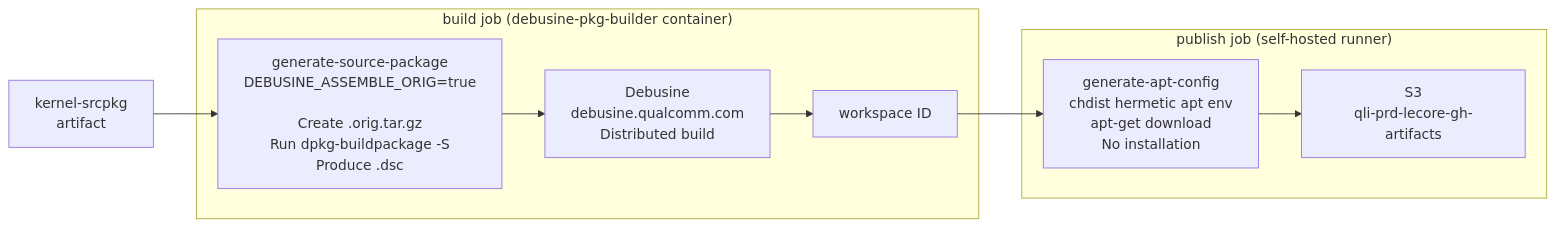
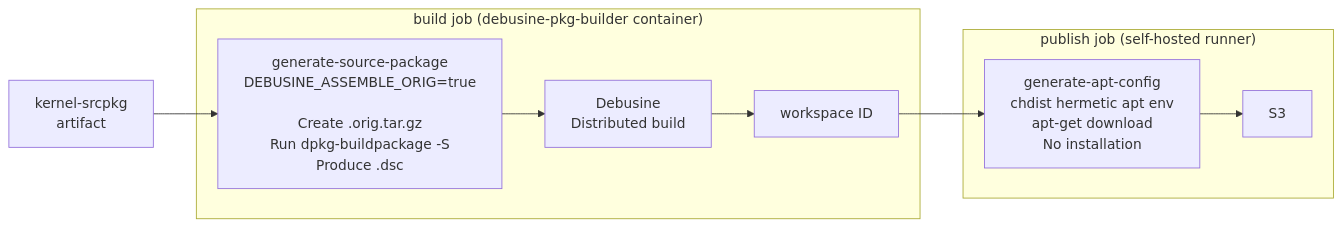
One commit to qualcomm-linux/pkg-linux-qcom changed the fourth of 5 diagrams in README.md. Above: the diagram before and after it, drawn with Mermaid. The commit also changed other lines of this file and 2 other files, not shown here.

First line of the commit message:
ci: parameterize the artifact bucket and trim internal infra from docs

````diff
--- a/README.md
+++ b/README.md
@@ -178,17 +178,17 @@
 ```mermaid
 flowchart LR
     ART["kernel-srcpkg\nartifact"] --> GSP
 
     subgraph build["build job (debusine-pkg-builder container)"]
         GSP["generate-source-package\nDEBUSINE_ASSEMBLE_ORIG=true\n\nCreate .orig.tar.gz\nRun dpkg-buildpackage -S\nProduce .dsc"] --> DEB
-        DEB["Debusine\ndebusine.qualcomm.com\nDistributed build"] --> WS
+        DEB["Debusine\nDistributed build"] --> WS
         WS["workspace ID"]
     end
 
     subgraph pub["publish job (self-hosted runner)"]
         WS --> CHDIST
         CHDIST["generate-apt-config\nchdist hermetic apt env\napt-get download\nNo installation"] --> S3
     end
 
-    S3["S3\nqli-prd-lecore-gh-artifacts"]
+    S3["S3\n<artifact-bucket>"]
 ```
````
